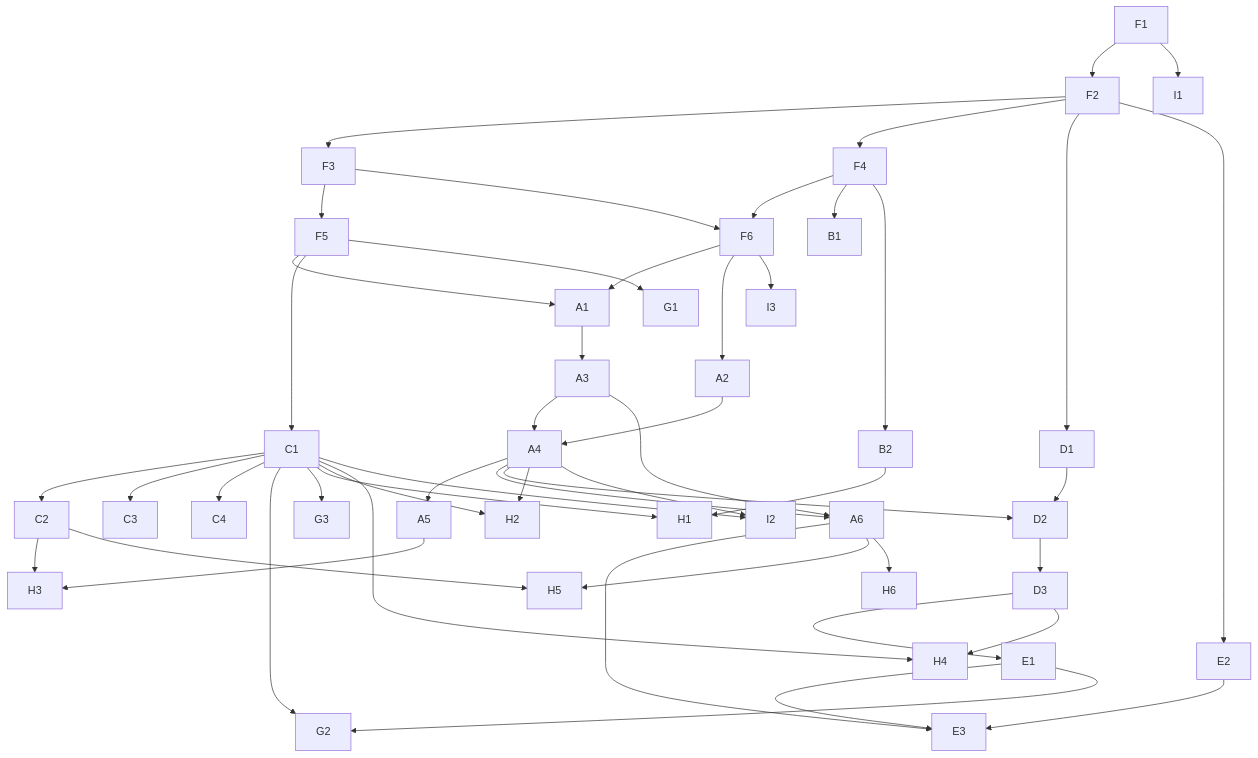
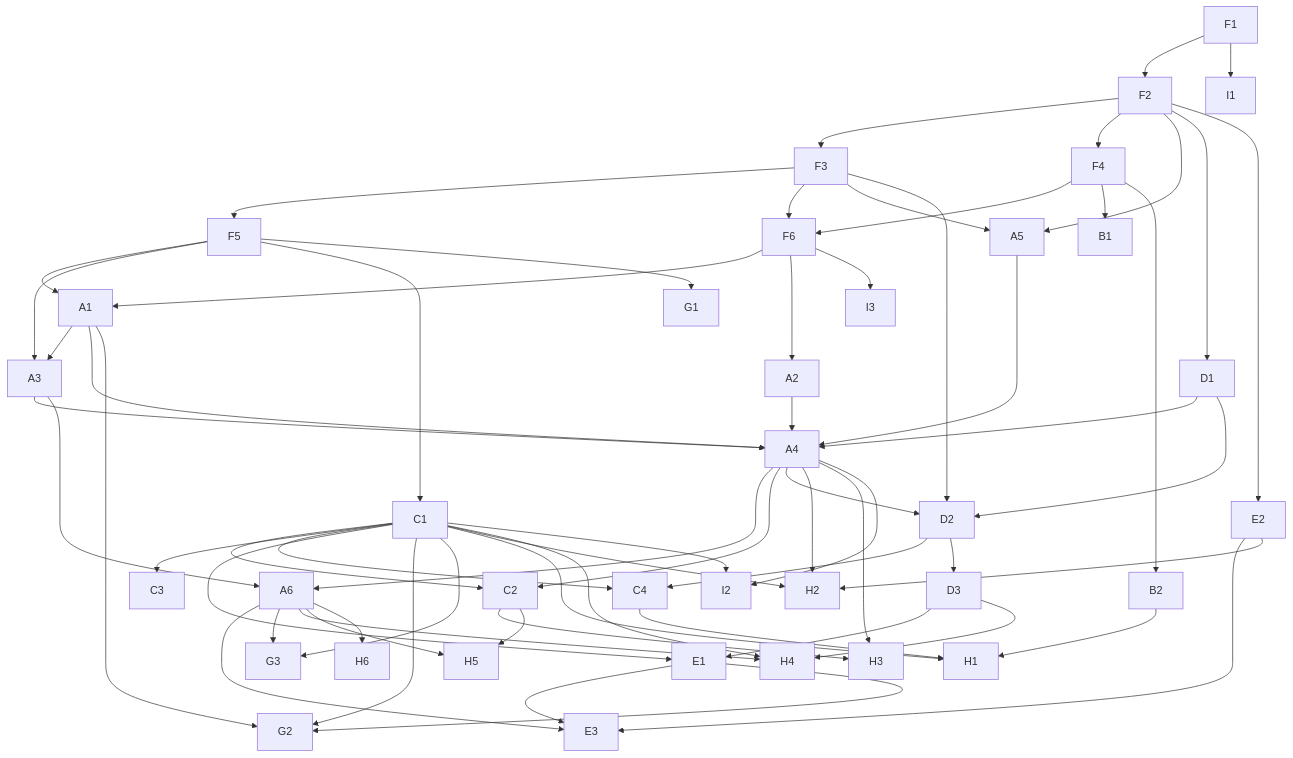
Before and after one commit to suvarna4/Gambappe: the second of 2 diagrams in receipts-design-doc.md, drawn with Mermaid. The commit also changed other lines of this file, not shown here.

````diff
--- a/receipts-design-doc.md
+++ b/receipts-design-doc.md
@@ -989,42 +1083,63 @@
 ```mermaid
 flowchart TD
   F1 --> F2 --> F3 --> F5
   F2 --> F4 --> F6
   F3 --> F6
-  F5 --> A1 --> A3 --> A4 --> A5
+  F5 --> A1
   F6 --> A1
-  F6 --> A2 --> A4
+  F6 --> A2
+  F2 --> A5
+  F3 --> A5
+  F5 --> A3
+  A1 --> A3
+  A1 --> A4
+  A2 --> A4
+  A3 --> A4
+  A5 --> A4
+  D1 --> A4
   A3 --> A6
   A4 --> A6
   F4 --> B1
   F4 --> B2
-  F5 --> C1 --> C2
+  F5 --> C1
+  C1 --> C2
+  A4 --> C2
   C1 --> C3
   C1 --> C4
-  F2 --> D1 --> D2 --> D3
+  D2 --> C4
+  F2 --> D1
+  D1 --> D2
+  F3 --> D2
   A4 --> D2
+  D2 --> D3
   D3 --> E1
+  C1 --> E1
   F2 --> E2
   E1 --> E3
   E2 --> E3
   A6 --> E3
   F5 --> G1
   C1 --> G2
   E1 --> G2
+  A1 --> G2
   C1 --> G3
+  A6 --> G3
   C1 --> H1
   B2 --> H1
+  C4 --> H1
   C1 --> H2
   A4 --> H2
-  A5 --> H3
+  E2 --> H2
+  A4 --> H3
   C2 --> H3
   D3 --> H4
   C1 --> H4
+  A6 --> H4
   A6 --> H5
   C2 --> H5
   A6 --> H6
   F1 --> I1
   A4 --> I2
   C1 --> I2
   F6 --> I3
 ```
````
